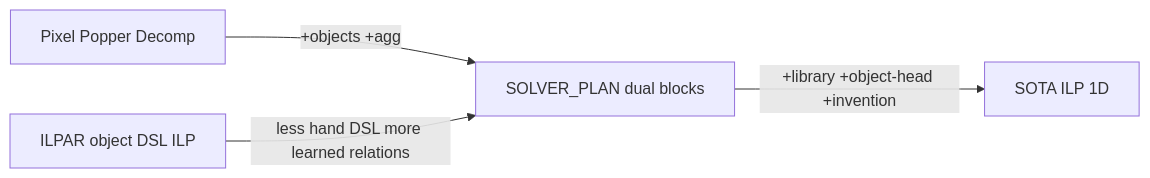
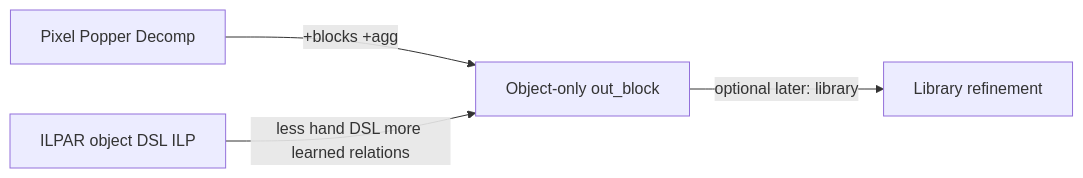
The diagram in docs/ILP-1D-Method.md (esmaeilzadeh/object-based-ilp-1d-arc), drawn with Mermaid before and after one commit. The commit also changed other lines of this file and 6 other files, not shown here.

Commit message:
update doc to be object only

````diff
--- a/docs/ILP-1D-Method.md
+++ b/docs/ILP-1D-Method.md
@@ -51,6 +46,6 @@
 ```mermaid
 flowchart LR
-  pixelPopper[Pixel Popper Decomp] -->|"+objects +agg"| yourPlan[SOLVER_PLAN dual blocks]
-  ilpar[ILPAR object DSL ILP] -->|"less hand DSL more learned relations"| yourPlan
-  yourPlan -->|"+library +object-head +invention"| sota[SOTA ILP 1D]
+  pixelPopper[Pixel Popper Decomp] -->|"+blocks +agg"| objectOnly[Object-only out_block]
+  ilpar[ILPAR object DSL ILP] -->|"less hand DSL more learned relations"| objectOnly
+  objectOnly -->|"optional later: library"| library[Library refinement]
 ```
````
